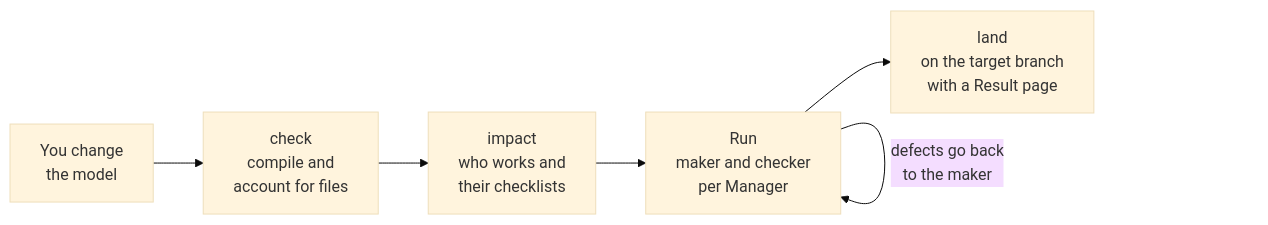
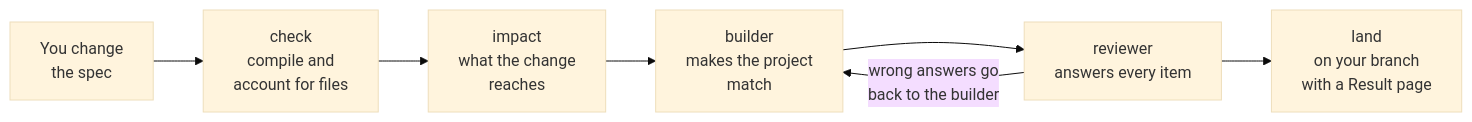
Before and after one commit to Glacius-Labs/Markitect: the diagram in README.md, drawn with Mermaid (base theme). The commit also changed other lines of this file and 13 other files, not shown here.

````diff
--- a/README.md
+++ b/README.md
@@ -54,8 +52,9 @@
 ```mermaid
 flowchart LR
-    Model["You change<br/>the model"] --> Check["check<br/>compile and<br/>account for files"]
-    Check --> Impact["impact<br/>who works and<br/>their checklists"]
-    Impact --> Run["Run<br/>maker and checker<br/>per Manager"]
-    Run -->|"defects go back<br/>to the maker"| Run
-    Run --> Land["land<br/>on the target branch<br/>with a Result page"]
+    Spec["You change<br/>the spec"] --> Check["check<br/>compile and<br/>account for files"]
+    Check --> Impact["impact<br/>what the change<br/>reaches"]
+    Impact --> Build["builder<br/>makes the project<br/>match"]
+    Build --> Review["reviewer<br/>answers every item"]
+    Review -->|"wrong answers go<br/>back to the builder"| Build
+    Review --> Land["land<br/>on your branch<br/>with a Result page"]
 ```
````
